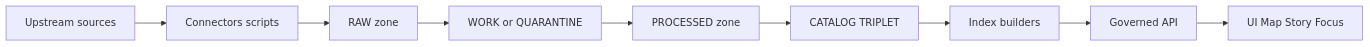
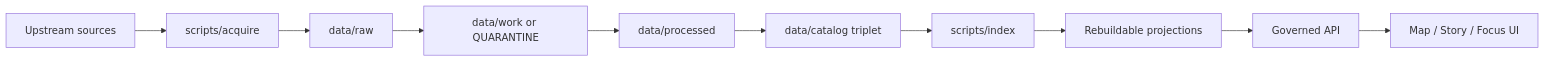
One commit to bartytime4life/Kansas-Frontier-Matrix changed the diagram in scripts/README.md. Above: the diagram before and after it, drawn with Mermaid. The commit also changed other lines of this file, not shown here.

````diff
--- a/scripts/README.md
+++ b/scripts/README.md
@@ -62,11 +73,12 @@
 ```mermaid
 flowchart LR
-  A[Upstream sources] --> B[Connectors scripts]
-  B --> C[RAW zone]
-  C --> D[WORK or QUARANTINE]
-  D --> E[PROCESSED zone]
-  E --> F[CATALOG TRIPLET]
-  F --> G[Index builders]
-  G --> H[Governed API]
-  H --> I[UI Map Story Focus]
+  A[Upstream sources] --> B[scripts/acquire]
+  B --> C[data/raw]
+  C --> D[data/work or QUARANTINE]
+  D --> E[data/processed]
+  E --> F[data/catalog triplet]
+  F --> G[scripts/index]
+  G --> H[Rebuildable projections]
+  H --> I[Governed API]
+  I --> J[Map / Story / Focus UI]
 ```
````
